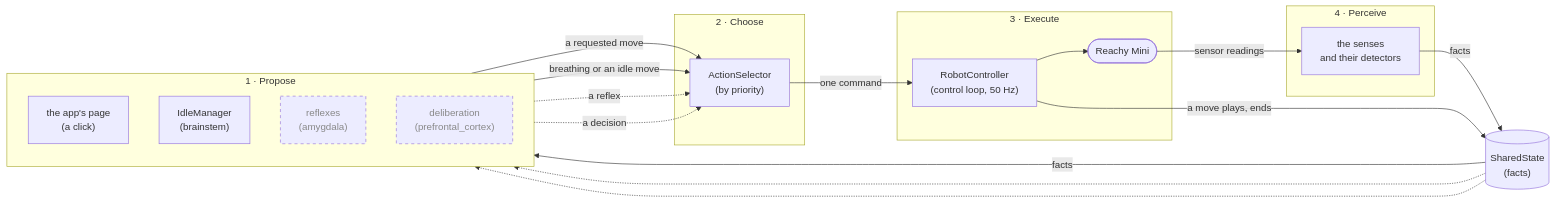
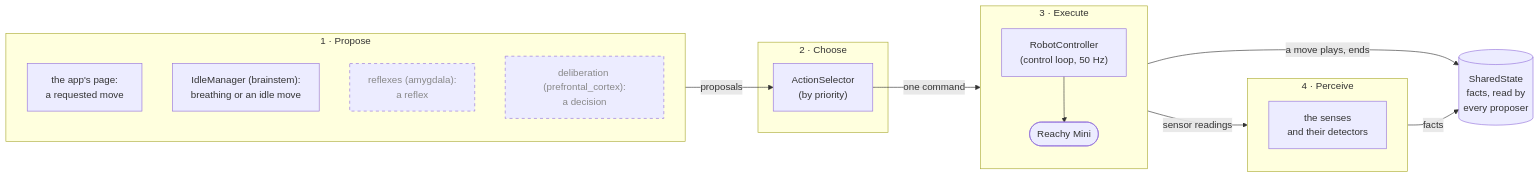
One commit to HTurlet15/reachy_alive changed the diagram in ARCHITECTURE.md. Above: the diagram before and after it, drawn with Mermaid. The commit also changed other lines of this file, not shown here.

Commit message:
docs: the architecture as one map

````diff
--- a/ARCHITECTURE.md
+++ b/ARCHITECTURE.md
@@ -33,34 +33,29 @@
 ```mermaid
 flowchart LR
     subgraph decide["1 · Propose"]
         direction TB
-        page["the app's page<br/>(a click)"]
-        idle["IdleManager<br/>(brainstem)"]
-        reflexes["reflexes<br/>(amygdala)"]:::later
-        cortex["deliberation<br/>(prefrontal_cortex)"]:::later
+        page["the app's page:<br/>a requested move"]
+        idle["IdleManager (brainstem):<br/>breathing or an idle move"]
+        reflexes["reflexes (amygdala):<br/>a reflex"]:::later
+        cortex["deliberation (prefrontal_cortex):<br/>a decision"]:::later
     end
     subgraph choose["2 · Choose"]
         selector["ActionSelector<br/>(by priority)"]
     end
     subgraph act["3 · Execute"]
+        direction TB
         controller["RobotController<br/>(control loop, 50 Hz)"] --> robot(["Reachy Mini"])
     end
     subgraph perceive["4 · Perceive"]
         senses["the senses<br/>and their detectors"]
     end
-    state[("SharedState<br/>(facts)")]
+    state[("SharedState<br/>facts, read by<br/>every proposer")]
 
-    page -->|a requested move| selector
-    idle -->|breathing or an idle move| selector
-    reflexes -.->|a reflex| selector
-    cortex -.->|a decision| selector
-    selector -->|one command| controller
-    robot -->|sensor readings| senses
-    senses -->|facts| state
-    controller -->|a move plays, ends| state
-    state -->|facts| idle
-    state -.-> reflexes
-    state -.-> cortex
+    decide -->|proposals| selector
+    selector -->|one command| act
+    act -->|sensor readings| perceive
+    act -->|a move plays, ends| state
+    perceive -->|facts| state
 
     classDef later stroke-dasharray: 5 5,color:#888
 ```
````
